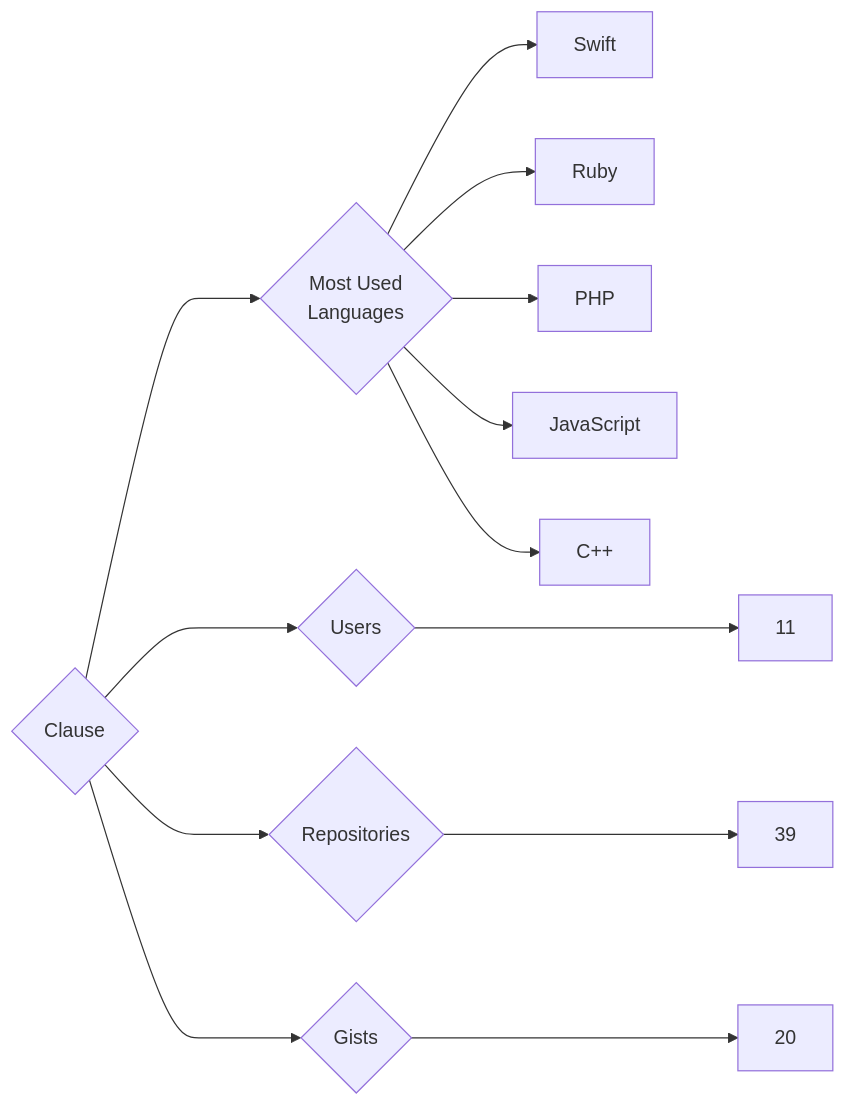
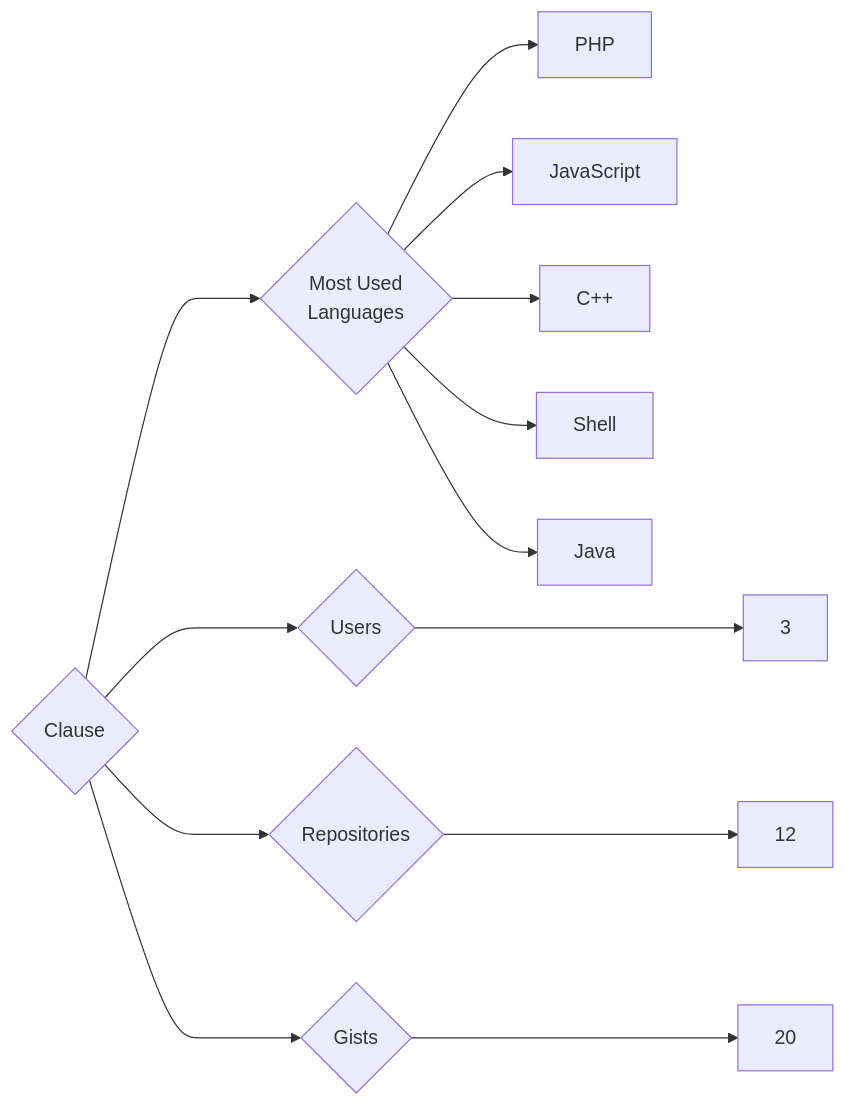
One commit to trickest/insiders changed the diagram in targets/Clause/README.md. Above: the diagram before and after it, drawn with Mermaid. The commit also changed 899 other files, not shown here.

````diff
--- a/targets/Clause/README.md
+++ b/targets/Clause/README.md
@@ -3,13 +3,13 @@
 ```mermaid
 graph LR
 COMPANY_NAME{Clause}
-COMPANY_NAME ---> U{Users} ---> UN[11]
-COMPANY_NAME ---> R{Repositories} ---> RN[39]
+COMPANY_NAME ---> U{Users} ---> UN[3]
+COMPANY_NAME ---> R{Repositories} ---> RN[12]
 COMPANY_NAME ---> G{Gists} ---> GN[20]
 COMPANY_NAME ---> ML{Most Used<br>Languages}
-ML --> Swift[Swift]
-ML --> Ruby[Ruby]
 ML --> PHP[PHP]
 ML --> JavaScript[JavaScript]
 ML --> C++[C++]
+ML --> Shell[Shell]
+ML --> Java[Java]
 ```
````
